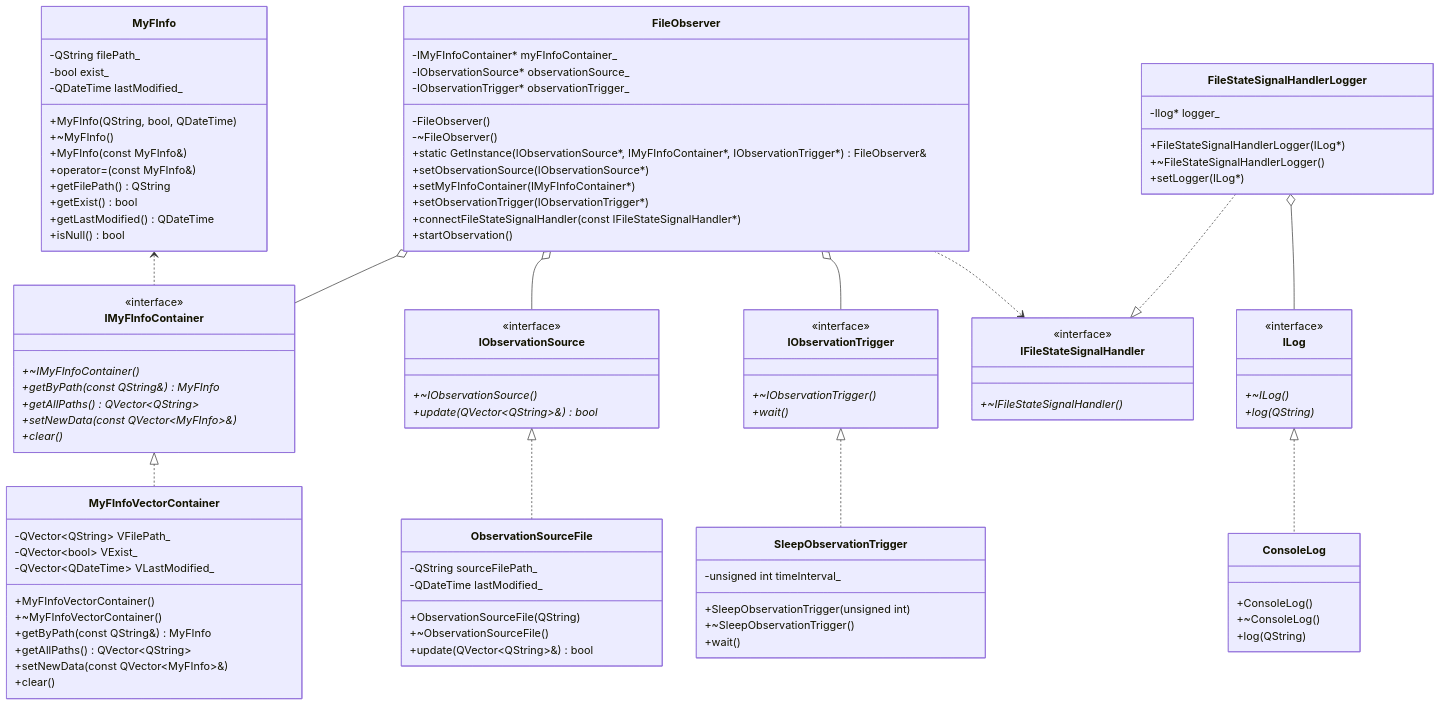
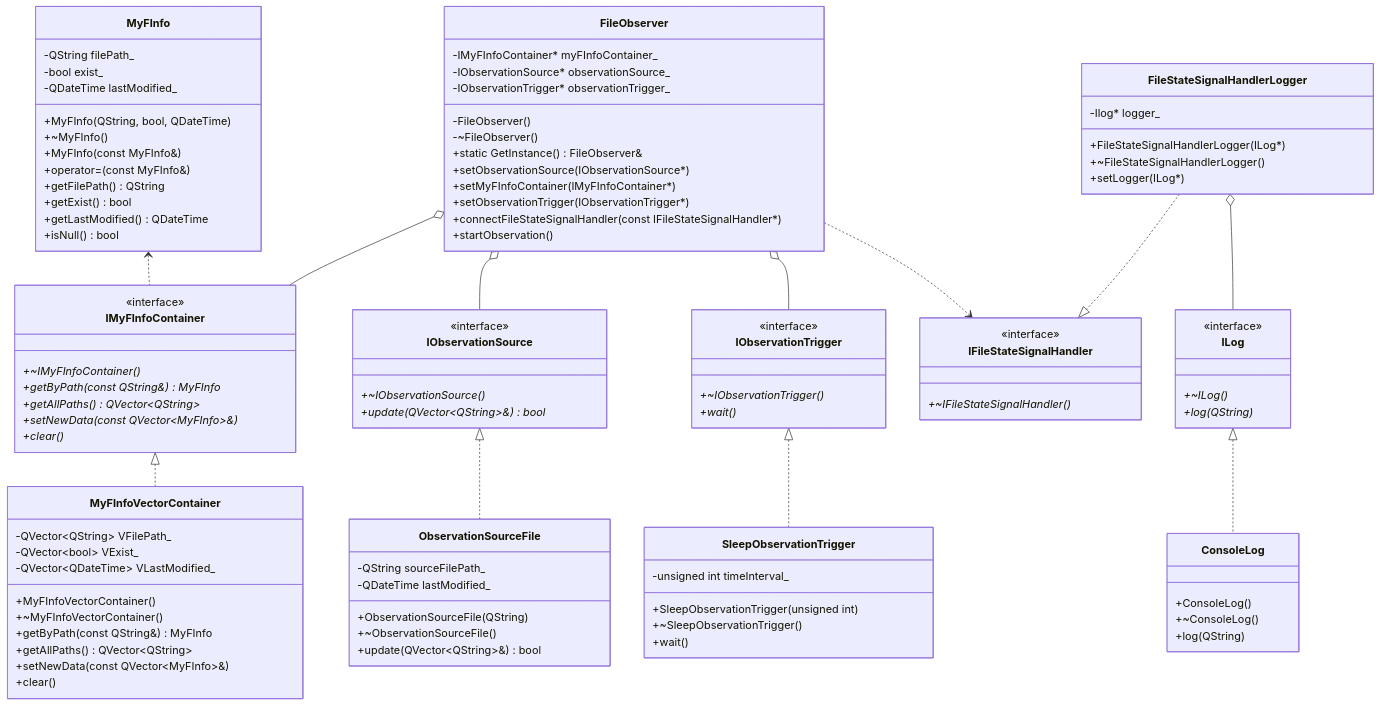
One commit to ILoveHumanity/FileWarden changed the diagram in README.md. Above: the diagram before and after it, drawn with Mermaid. The commit also changed 3 other files, not shown here.

```diff
--- a/README.md
+++ b/README.md
@@ -29,7 +29,7 @@
 		-IObservationTrigger* observationTrigger_
 		-FileObserver()
 		-~FileObserver()
-		+static GetInstance(IObservationSource*, IMyFInfoContainer*, IObservationTrigger*) FileObserver&
+		+static GetInstance() FileObserver&
 		+setObservationSource(IObservationSource*)
 		+setMyFInfoContainer(IMyFInfoContainer*)
 		+setObservationTrigger(IObservationTrigger*)
```
